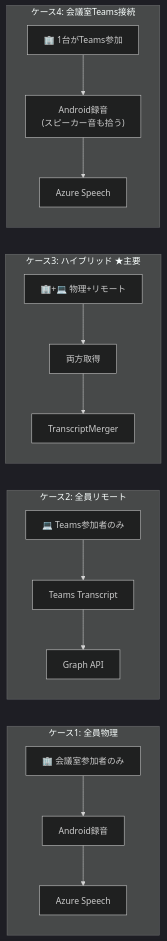
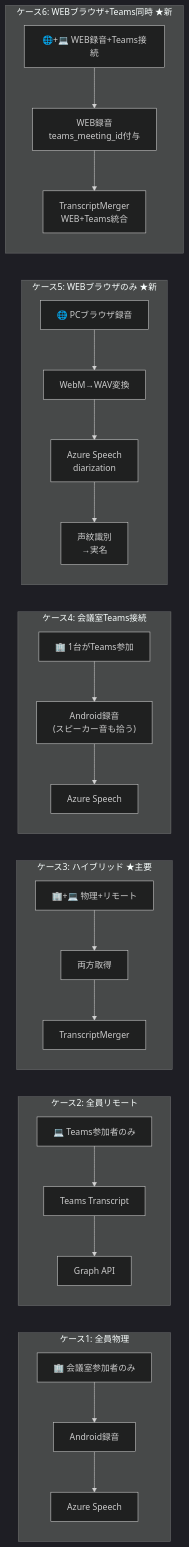
Before and after one commit to ytsutsumi30/MeetingRoot: the second of 2 diagrams in doc/01_system_overview.md, drawn with Mermaid (dark theme). The commit also changed other lines of this file and 19 other files, not shown here.

````diff
--- a/doc/01_system_overview.md
+++ b/doc/01_system_overview.md
@@ -106,22 +110,33 @@
 ```mermaid
 graph LR
     subgraph "ケース1: 全員物理"
         A1["🏢 会議室参加者のみ"] --> B1["Android録音"]
         B1 --> C1["Azure Speech"]
     end
 
     subgraph "ケース2: 全員リモート"
         A2["💻 Teams参加者のみ"] --> B2["Teams Transcript"]
         B2 --> C2["Graph API"]
     end
 
     subgraph "ケース3: ハイブリッド ★主要"
         A3["🏢+💻 物理+リモート"] --> B3["両方取得"]
         B3 --> C3["TranscriptMerger"]
     end
 
     subgraph "ケース4: 会議室Teams接続"
         A4["🏢 1台がTeams参加"] --> B4["Android録音<br/>(スピーカー音も拾う)"]
         B4 --> C4["Azure Speech"]
     end
+
+    subgraph "ケース5: WEBブラウザのみ ★新"
+        A5["🌐 PCブラウザ録音"] --> B5["WebM→WAV変換"]
+        B5 --> C5["Azure Speech<br/>diarization"]
+        C5 --> D5["声紋識別<br/>→実名"]
+    end
+
+    subgraph "ケース6: WEBブラウザ+Teams同時 ★新"
+        A6["🌐+💻 WEB録音+Teams接続"] --> B6["WEB録音<br/>teams_meeting_id付与"]
+        B6 --> C6["TranscriptMerger<br/>WEB+Teams統合"]
+    end
 ```
````
